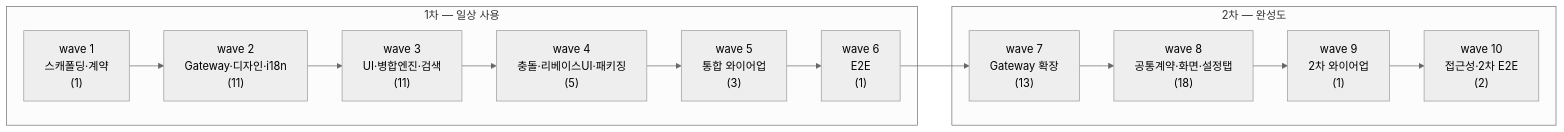
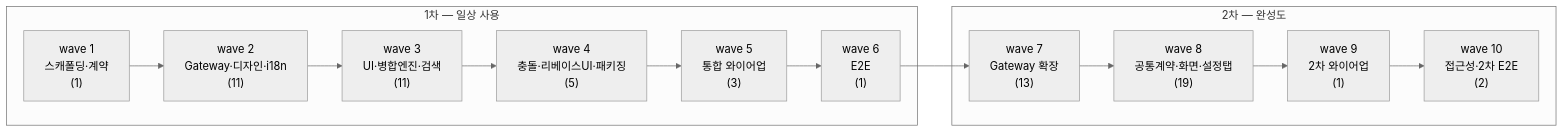
The diagram in tickets/README.md (biuea3866/gitkraken-clone-app), drawn with Mermaid (neutral theme) before and after one commit. The commit also changed other lines of this file and 2 other files, not shown here.

````diff
--- a/tickets/README.md
+++ b/tickets/README.md
@@ -146,26 +147,26 @@
 ```mermaid
 flowchart LR
     subgraph P1["1차 — 일상 사용"]
         W1["wave 1<br/>스캐폴딩·계약<br/>(1)"]
         W2["wave 2<br/>Gateway·디자인·i18n<br/>(11)"]
         W3["wave 3<br/>UI·병합엔진·검색<br/>(11)"]
         W4["wave 4<br/>충돌·리베이스UI·패키징<br/>(5)"]
         W5["wave 5<br/>통합 와이어업<br/>(3)"]
         W6["wave 6<br/>E2E<br/>(1)"]
     end
     subgraph P2["2차 — 완성도"]
         W7["wave 7<br/>Gateway 확장<br/>(13)"]
-        W8["wave 8<br/>공통계약·화면·설정탭<br/>(18)"]
+        W8["wave 8<br/>공통계약·화면·설정탭<br/>(19)"]
         W9["wave 9<br/>2차 와이어업<br/>(1)"]
         W10["wave 10<br/>접근성·2차 E2E<br/>(2)"]
     end
     W1 --> W2
     W2 --> W3
     W3 --> W4
     W4 --> W5
     W5 --> W6
     W6 --> W7
     W7 --> W8
     W8 --> W9
     W9 --> W10
 ```
````
